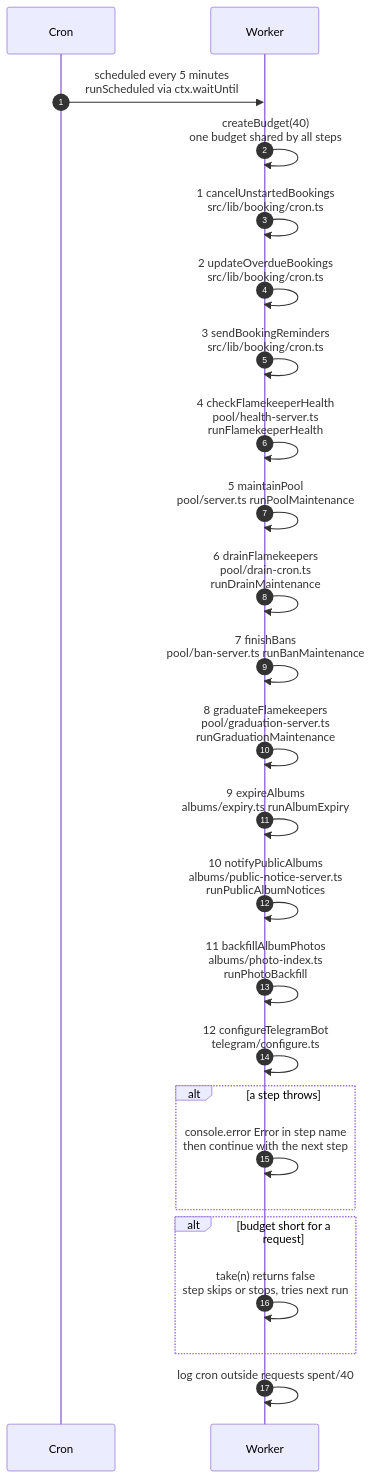
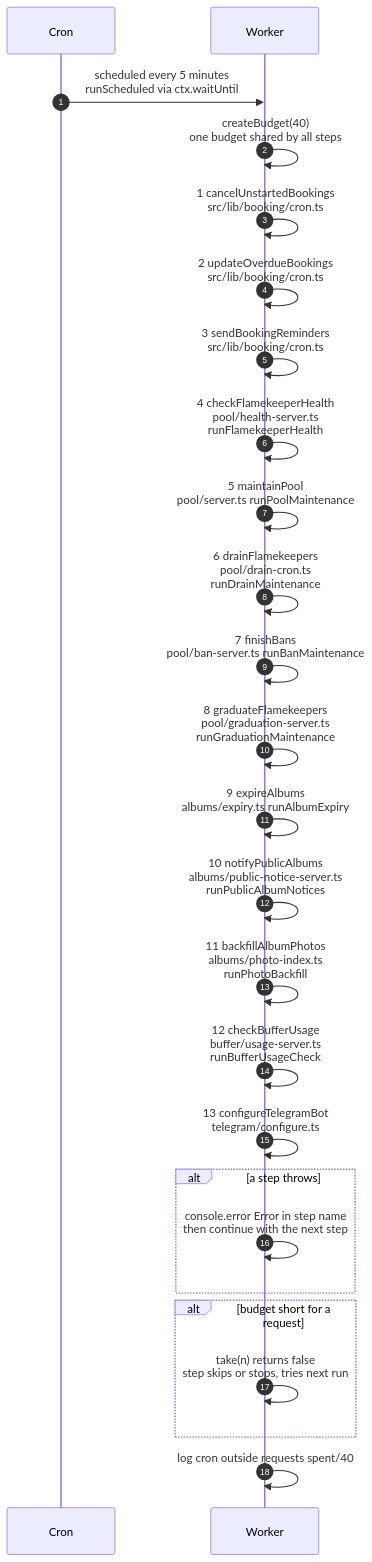
One commit to sagyzdop/meriksirat changed the diagram in docs/scenarios/cron/overview.md. Above: the diagram before and after it, drawn with Mermaid. The commit also changed other lines of this file and 24 other files, not shown here.

Commit message:
feat(buffer): usage warnings, banner, dashboard card and full-buffer stop

````diff
--- a/docs/scenarios/cron/overview.md
+++ b/docs/scenarios/cron/overview.md
@@ -16,27 +16,28 @@
 ```mermaid
 sequenceDiagram
     autonumber
     participant Cron as Cron
     participant Worker as Worker
     Cron->>Worker: scheduled every 5 minutes<br/>runScheduled via ctx.waitUntil
     Worker->>Worker: createBudget(40)<br/>one budget shared by all steps
     Worker->>Worker: 1 cancelUnstartedBookings<br/>src/lib/booking/cron.ts
     Worker->>Worker: 2 updateOverdueBookings<br/>src/lib/booking/cron.ts
     Worker->>Worker: 3 sendBookingReminders<br/>src/lib/booking/cron.ts
     Worker->>Worker: 4 checkFlamekeeperHealth<br/>pool/health-server.ts<br/>runFlamekeeperHealth
     Worker->>Worker: 5 maintainPool<br/>pool/server.ts runPoolMaintenance
     Worker->>Worker: 6 drainFlamekeepers<br/>pool/drain-cron.ts<br/>runDrainMaintenance
     Worker->>Worker: 7 finishBans<br/>pool/ban-server.ts runBanMaintenance
     Worker->>Worker: 8 graduateFlamekeepers<br/>pool/graduation-server.ts<br/>runGraduationMaintenance
     Worker->>Worker: 9 expireAlbums<br/>albums/expiry.ts runAlbumExpiry
     Worker->>Worker: 10 notifyPublicAlbums<br/>albums/public-notice-server.ts<br/>runPublicAlbumNotices
     Worker->>Worker: 11 backfillAlbumPhotos<br/>albums/photo-index.ts<br/>runPhotoBackfill
-    Worker->>Worker: 12 configureTelegramBot<br/>telegram/configure.ts
+    Worker->>Worker: 12 checkBufferUsage<br/>buffer/usage-server.ts<br/>runBufferUsageCheck
+    Worker->>Worker: 13 configureTelegramBot<br/>telegram/configure.ts
     alt a step throws
         Worker->>Worker: console.error Error in step name<br/>then continue with the next step
     end
     alt budget short for a request
         Worker->>Worker: take(n) returns false<br/>step skips or stops, tries next run
     end
     Worker->>Worker: log cron outside requests spent/40
 ```
````
